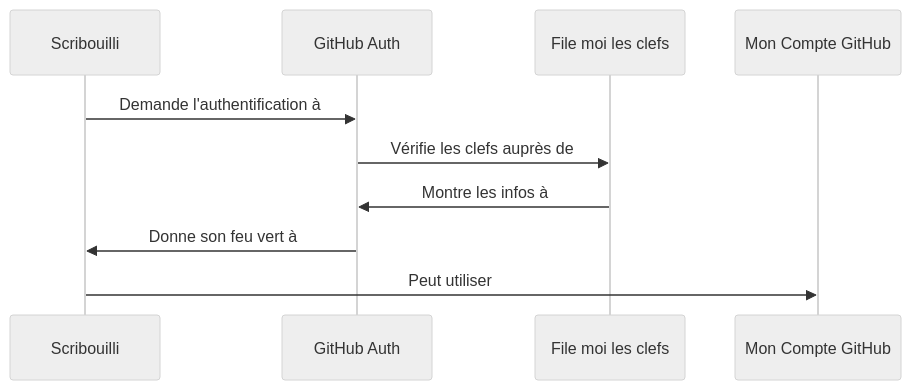
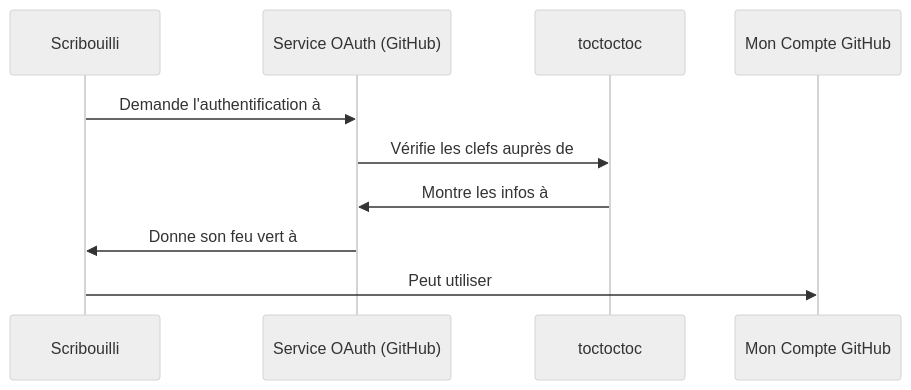
Before and after one commit to Scribouilli/scribouilli: the diagram in README.md, drawn with Mermaid (neutral theme). The commit also changed other lines of this file and 2 other files, not shown here.

````diff
--- a/README.md
+++ b/README.md
@@ -23,12 +51,12 @@
 ```mermaid
 sequenceDiagram;
     participant A as Scribouilli
-    participant B as GitHub Auth
-    participant C as File moi les clefs
+    participant B as Service OAuth (GitHub)
+    participant C as toctoctoc
     participant D as Mon Compte GitHub
     A->>B: Demande l'authentification à
     B->>C: Vérifie les clefs auprès de
     C->>B: Montre les infos à
     B->>A: Donne son feu vert à
     A->>D: Peut utiliser
 ```
````
